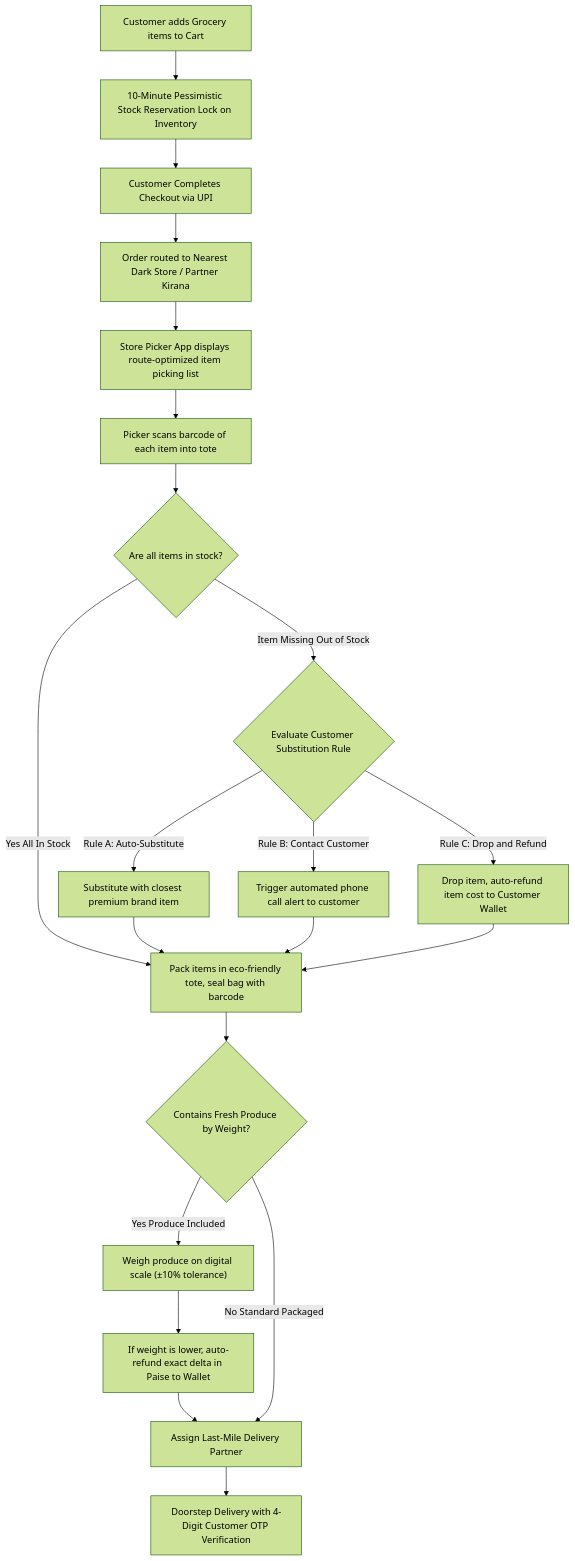
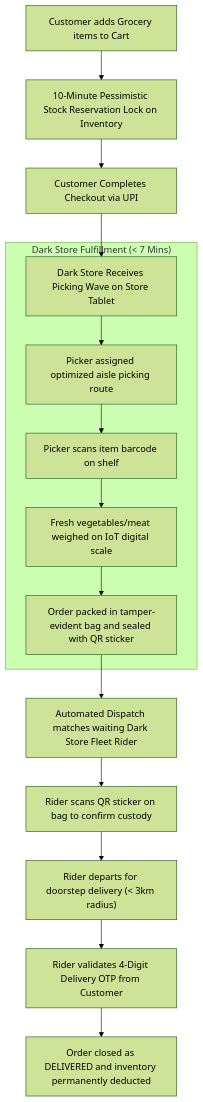
The sixth of 13 diagrams in docs/06_visual_hierarchy_and_flows/high_level_visual_hierarchy.md (programmerfiroz/all-in-one), drawn with Mermaid (forest theme) before and after one commit. The commit also changed other lines of this file and 1 other file, not shown here.

Commit message:
docs: implement master visual hierarchy and complete system flow blueprint (VHB-IND-V1.2)

````diff
--- a/docs/06_visual_hierarchy_and_flows/high_level_visual_hierarchy.md
+++ b/docs/06_visual_hierarchy_and_flows/high_level_visual_hierarchy.md
@@ -283,32 +302,19 @@
 ```mermaid
 flowchart TD
     Browse["Customer adds Grocery items to Cart"] --> ReserveHold["10-Minute Pessimistic Stock Reservation Lock on Inventory"]
     ReserveHold --> Checkout["Customer Completes Checkout via UPI"]
+    Checkout --> DarkStore["Dark Store Receives Picking Wave on Store Tablet"]
     
-    RouteStore["Order routed to Nearest Dark Store / Partner Kirana"]
-    Checkout --> RouteStore
-    RouteStore --> Picker["Store Picker App displays route-optimized item picking list"]
+    subgraph DarkStore_Ops["Dark Store Fulfillment (< 7 Mins)"]
+        DarkStore --> Picker["Picker assigned optimized aisle picking route"]
+        Picker --> BarcodeScan["Picker scans item barcode on shelf"]
+        BarcodeScan --> WeighScale["Fresh vegetables/meat weighed on IoT digital scale"]
+        WeighScale --> PackSeal["Order packed in tamper-evident bag and sealed with QR sticker"]
+    end
     
-    Picker --> ScanBarcode["Picker scans barcode of each item into tote"]
-    
-    ScanBarcode --> ItemCheck{"Are all items in stock?"}
-    
-    ItemCheck -->|Yes All In Stock| PackBag["Pack items in eco-friendly tote, seal bag with barcode"]
-    
-    ItemCheck -->|Item Missing Out of Stock| SubEngine{"Evaluate Customer Substitution Rule"}
-    SubEngine -->|Rule A: Auto-Substitute| ReplaceItem["Substitute with closest premium brand item"]
-    SubEngine -->|Rule B: Contact Customer| PhoneCall["Trigger automated phone call alert to customer"]
-    SubEngine -->|Rule C: Drop and Refund| DropItem["Drop item, auto-refund item cost to Customer Wallet"]
-    
-    ReplaceItem --> PackBag
-    PhoneCall --> PackBag
-    DropItem --> PackBag
-    
-    PackBag --> FreshCheck{"Contains Fresh Produce by Weight?"}
-    FreshCheck -->|Yes Produce Included| WeighScale["Weigh produce on digital scale (±10% tolerance)"]
-    WeighScale --> DeltaCalc["If weight is lower, auto-refund exact delta in Paise to Wallet"]
-    DeltaCalc --> DispatchFleet["Assign Last-Mile Delivery Partner"]
-    FreshCheck -->|No Standard Packaged| DispatchFleet
-    
-    DispatchFleet --> Delivery["Doorstep Delivery with 4-Digit Customer OTP Verification"]
+    PackSeal --> DispatchFleet["Automated Dispatch matches waiting Dark Store Fleet Rider"]
+    DispatchFleet --> Handover["Rider scans QR sticker on bag to confirm custody"]
+    Handover --> HyperlocalTransit["Rider departs for doorstep delivery (< 3km radius)"]
+    HyperlocalTransit --> DoorstepOTP["Rider validates 4-Digit Delivery OTP from Customer"]
+    DoorstepOTP --> Delivered["Order closed as DELIVERED and inventory permanently deducted"]
 ```
````
